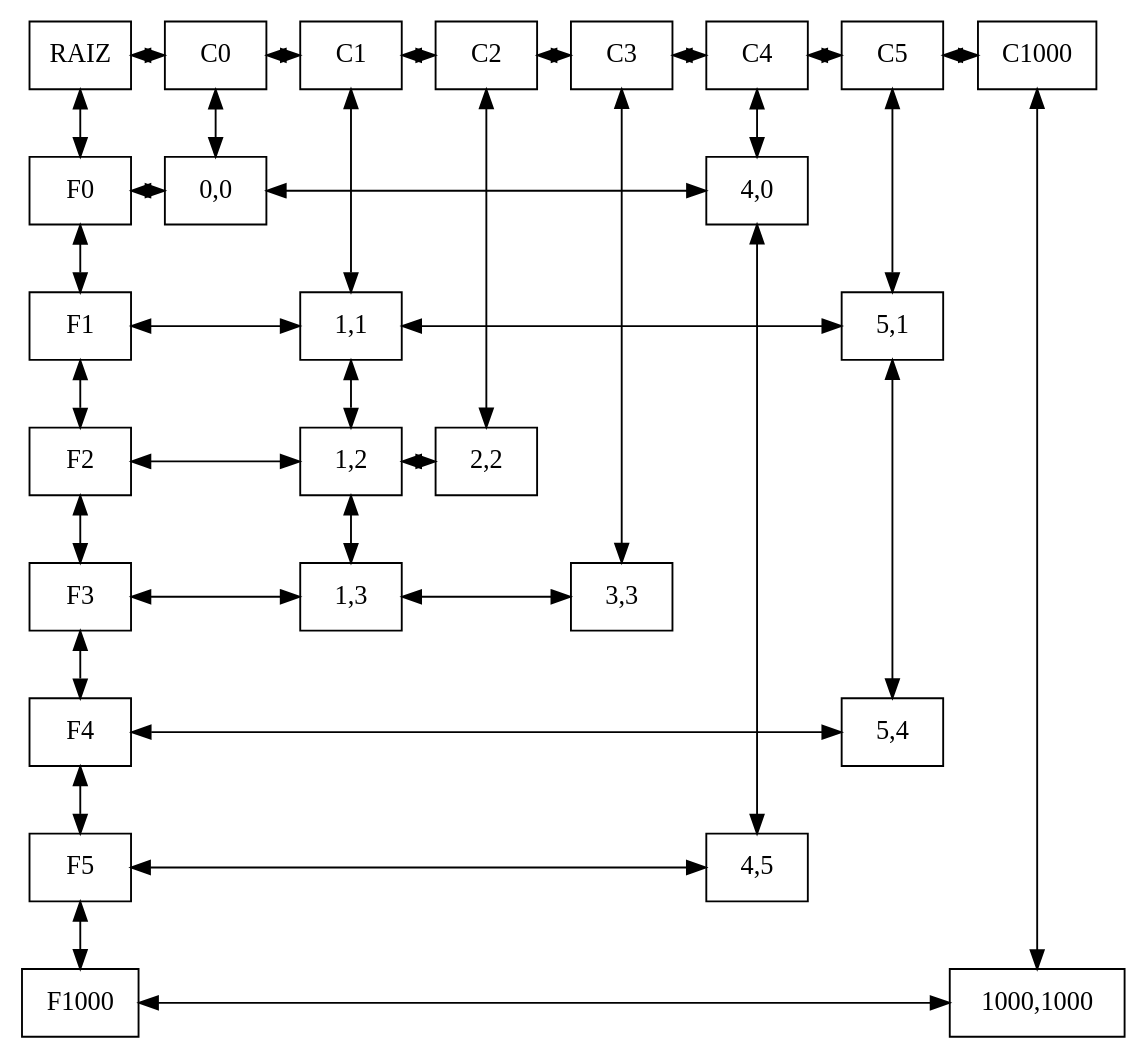
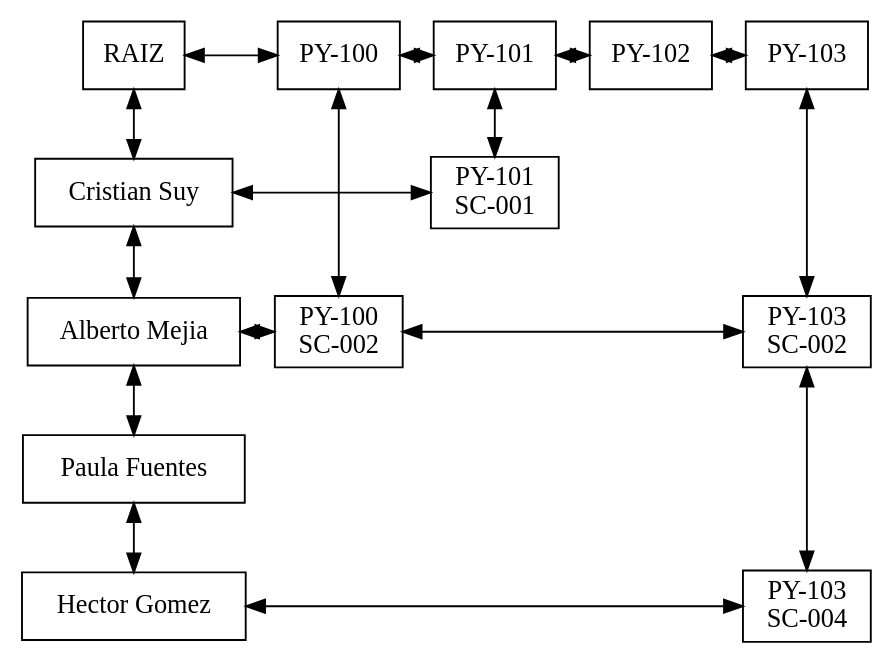
Before and after one commit to ARCG-prog/EDD_2S_2023: the diagram in Clase3/matriz.dot, drawn with Graphviz. The commit also changed 32 other files, not shown here.

```diff
--- a/Clase3/matriz.dot
+++ b/Clase3/matriz.dot
@@ -1,82 +1,43 @@
 digraph MatrizCapa{ 
  node[shape=box] 
  rankdir=UD;
 {rank=same; 
-nodo00[label="RAIZ" ,group=0]; 
-nodo10[label="C0" ,group=1]; 
-nodo20[label="C1" ,group=2]; 
-nodo30[label="C2" ,group=3]; 
-nodo40[label="C3" ,group=4]; 
-nodo50[label="C4" ,group=5]; 
-nodo60[label="C5" ,group=6]; 
-nodo10010[label="C1000" ,group=1001]; 
+nodo0x13a0f80[label="RAIZ\n" ,group=0]; 
+nodo0x13a11c8[label="PY-100" ,group=1]; 
+nodo0x13a11f8[label="PY-101" ,group=2]; 
+nodo0x13a1228[label="PY-102" ,group=3]; 
+nodo0x13a72b0[label="PY-103" ,group=4]; 
 } 
 {rank=same; 
-nodo01[label="F0" ,group=0]; 
-nodo11[label="0,0" ,group=1]; 
-nodo51[label="4,0" ,group=5]; 
+nodo0x13a72e0[label="Cristian Suy" ,group=0]; 
+nodo0x13a73a0[label="PY-101\nSC-001" ,group=2]; 
 } 
 {rank=same; 
-nodo02[label="F1" ,group=0]; 
-nodo22[label="1,1" ,group=2]; 
-nodo62[label="5,1" ,group=6]; 
+nodo0x13a7310[label="Alberto Mejia" ,group=0]; 
+nodo0x13a73d0[label="PY-100\nSC-002" ,group=1]; 
+nodo0x13a7400[label="PY-103\nSC-002" ,group=4]; 
 } 
 {rank=same; 
-nodo03[label="F2" ,group=0]; 
-nodo23[label="1,2" ,group=2]; 
-nodo33[label="2,2" ,group=3]; 
+nodo0x13a7340[label="Paula Fuentes" ,group=0]; 
 } 
 {rank=same; 
-nodo04[label="F3" ,group=0]; 
-nodo24[label="1,3" ,group=2]; 
-nodo44[label="3,3" ,group=4]; 
+nodo0x13a7370[label="Hector Gomez" ,group=0]; 
+nodo0x13a7430[label="PY-103\nSC-004" ,group=4]; 
 } 
-{rank=same; 
-nodo05[label="F4" ,group=0]; 
-nodo65[label="5,4" ,group=6]; 
+nodo0x13a0f80 -> nodo0x13a11c8 [dir=both];
+nodo0x13a11c8 -> nodo0x13a11f8 [dir=both];
+nodo0x13a11f8 -> nodo0x13a1228 [dir=both];
+nodo0x13a1228 -> nodo0x13a72b0 [dir=both];
+nodo0x13a72e0 -> nodo0x13a73a0 [dir=both];
+nodo0x13a7310 -> nodo0x13a73d0 [dir=both];
+nodo0x13a73d0 -> nodo0x13a7400 [dir=both];
+nodo0x13a7370 -> nodo0x13a7430 [dir=both];
+nodo0x13a0f80 -> nodo0x13a72e0 [dir=both];
+nodo0x13a72e0 -> nodo0x13a7310 [dir=both];
+nodo0x13a7310 -> nodo0x13a7340 [dir=both];
+nodo0x13a7340 -> nodo0x13a7370 [dir=both];
+nodo0x13a11c8 -> nodo0x13a73d0 [dir=both];
+nodo0x13a11f8 -> nodo0x13a73a0 [dir=both];
+nodo0x13a72b0 -> nodo0x13a7400 [dir=both];
+nodo0x13a7400 -> nodo0x13a7430 [dir=both];
 } 
-{rank=same; 
-nodo06[label="F5" ,group=0]; 
-nodo56[label="4,5" ,group=5]; 
-} 
-{rank=same; 
-nodo01001[label="F1000" ,group=0]; 
-nodo10011001[label="1000,1000" ,group=1001]; 
-} 
-nodo00 -> nodo10 [dir=both];
-nodo10 -> nodo20 [dir=both];
-nodo20 -> nodo30 [dir=both];
-nodo30 -> nodo40 [dir=both];
-nodo40 -> nodo50 [dir=both];
-nodo50 -> nodo60 [dir=both];
-nodo60 -> nodo10010 [dir=both];
-nodo01 -> nodo11 [dir=both];
-nodo11 -> nodo51 [dir=both];
-nodo02 -> nodo22 [dir=both];
-nodo22 -> nodo62 [dir=both];
-nodo03 -> nodo23 [dir=both];
-nodo23 -> nodo33 [dir=both];
-nodo04 -> nodo24 [dir=both];
-nodo24 -> nodo44 [dir=both];
-nodo05 -> nodo65 [dir=both];
-nodo06 -> nodo56 [dir=both];
-nodo01001 -> nodo10011001 [dir=both];
-nodo00 -> nodo01 [dir=both];
-nodo01 -> nodo02 [dir=both];
-nodo02 -> nodo03 [dir=both];
-nodo03 -> nodo04 [dir=both];
-nodo04 -> nodo05 [dir=both];
-nodo05 -> nodo06 [dir=both];
-nodo06 -> nodo01001 [dir=both];
-nodo10 -> nodo11 [dir=both];
-nodo20 -> nodo22 [dir=both];
-nodo22 -> nodo23 [dir=both];
-nodo23 -> nodo24 [dir=both];
-nodo30 -> nodo33 [dir=both];
-nodo40 -> nodo44 [dir=both];
-nodo50 -> nodo51 [dir=both];
-nodo51 -> nodo56 [dir=both];
-nodo60 -> nodo62 [dir=both];
-nodo62 -> nodo65 [dir=both];
-nodo10010 -> nodo10011001 [dir=both];
-} 
```
